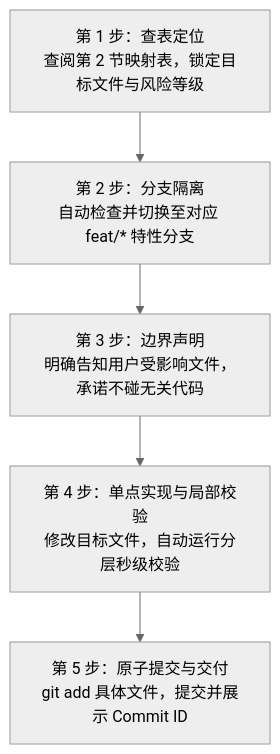
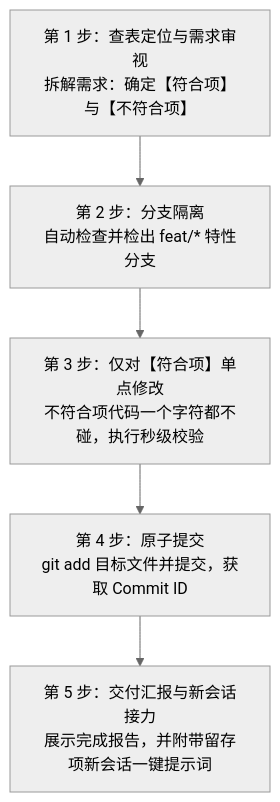
One commit to gubei2736/Bili-Player changed the diagram in docs/ISOLATION_DEV_GUIDE.md. Above: the diagram before and after it, drawn with Mermaid (neutral theme). The commit also changed other lines of this file, not shown here.

````diff
--- a/docs/ISOLATION_DEV_GUIDE.md
+++ b/docs/ISOLATION_DEV_GUIDE.md
@@ -25,7 +25,7 @@
 ```mermaid
 flowchart TD
-    S1["第 1 步：查表定位<br/>查阅第 2 节映射表，锁定目标文件与风险等级"] --> S2["第 2 步：分支隔离<br/>自动检查并切换至对应 feat/* 特性分支"]
-    S2 --> S3["第 3 步：边界声明<br/>明确告知用户受影响文件，承诺不碰无关代码"]
-    S3 --> S4["第 4 步：单点实现与局部校验<br/>修改目标文件，自动运行分层秒级校验"]
-    S4 --> S5["第 5 步：原子提交与交付<br/>git add 具体文件，提交并展示 Commit ID"]
+    S1["第 1 步：查表定位与需求审视<br/>拆解需求：确定【符合项】与【不符合项】"] --> S2["第 2 步：分支隔离<br/>自动检查并检出 feat/* 特性分支"]
+    S2 --> S3["第 3 步：仅对【符合项】单点修改<br/>不符合项代码一个字符都不碰，执行秒级校验"]
+    S3 --> S4["第 4 步：原子提交<br/>git add 目标文件并提交，获取 Commit ID"]
+    S4 --> S5["第 5 步：交付汇报与新会话接力<br/>展示完成报告，并附带留存项新会话一键提示词"]
 ```
````
